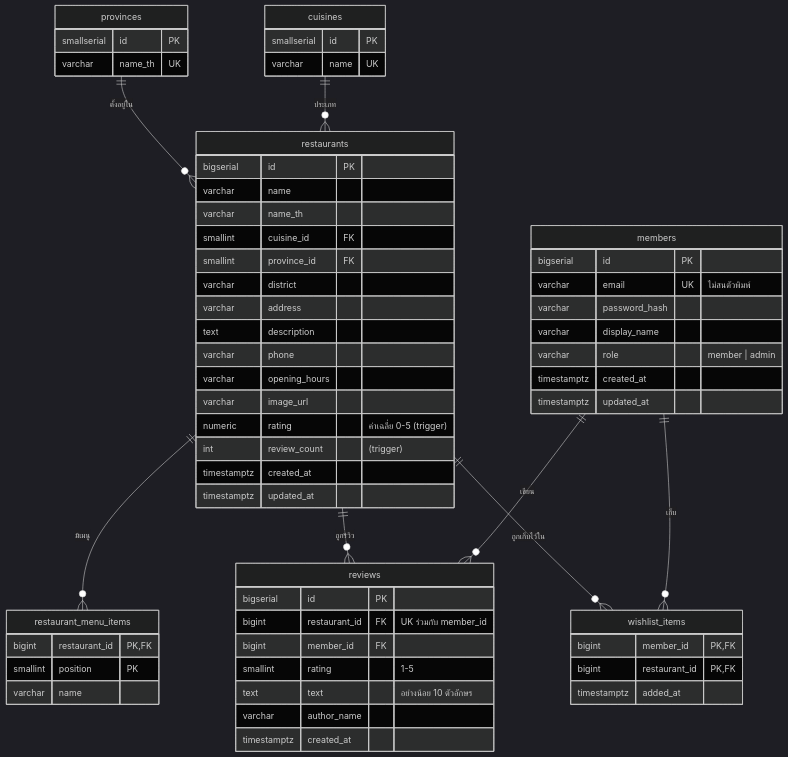
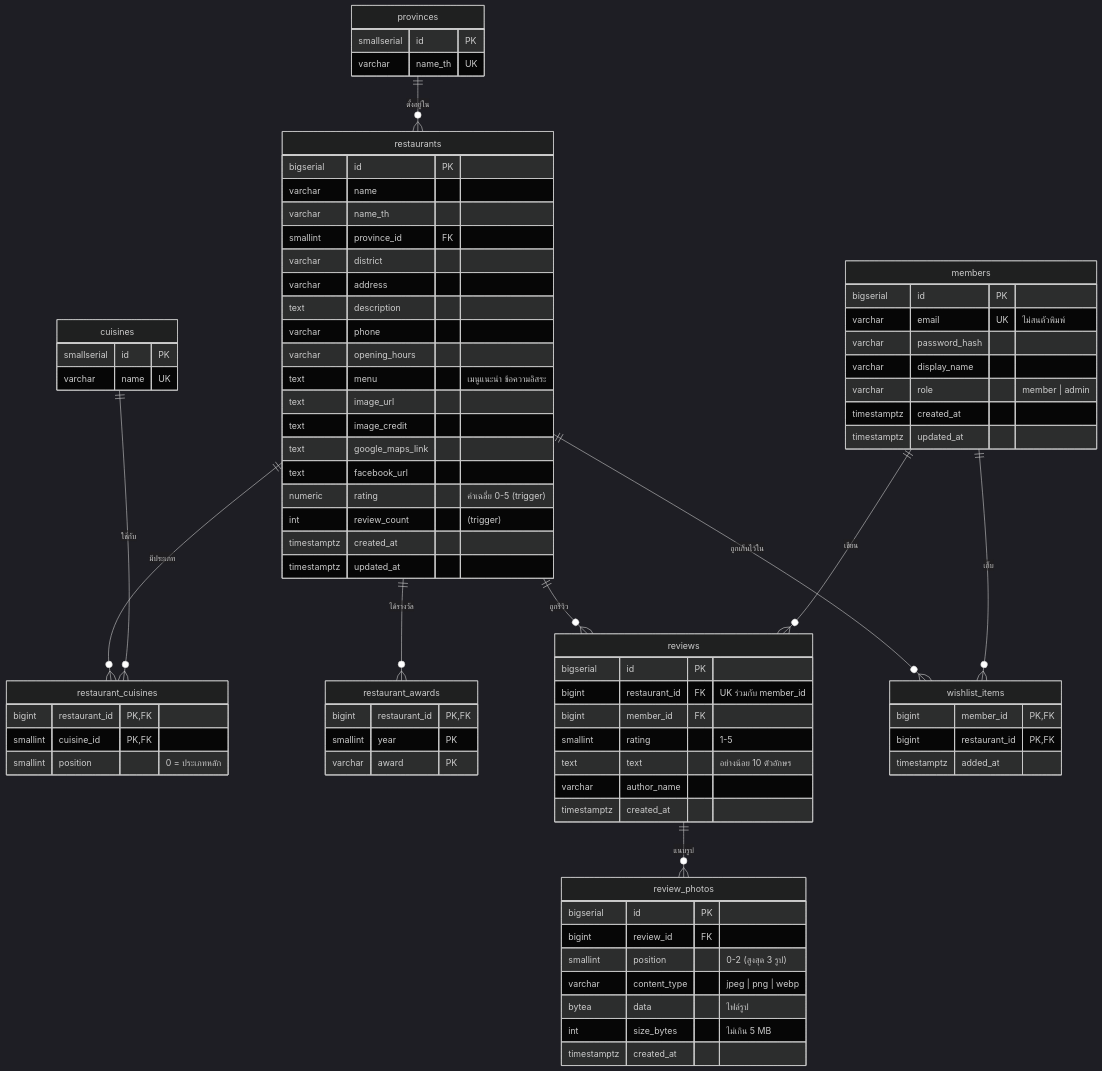
One commit to koravit-2212/FE-FoodReview-WebRom changed the diagram in docs/db-schema.md. Above: the diagram before and after it, drawn with Mermaid (dark theme). The commit also changed other lines of this file and 18 other files, not shown here.

````diff
--- a/docs/db-schema.md
+++ b/docs/db-schema.md
@@ -14,10 +16,12 @@
 ```mermaid
 erDiagram
     provinces ||--o{ restaurants : "ตั้งอยู่ใน"
-    cuisines ||--o{ restaurants : "ประเภท"
-    restaurants ||--o{ restaurant_menu_items : "มีเมนู"
+    restaurants ||--o{ restaurant_cuisines : "มีประเภท"
+    cuisines ||--o{ restaurant_cuisines : "ใช้กับ"
+    restaurants ||--o{ restaurant_awards : "ได้รางวัล"
     restaurants ||--o{ reviews : "ถูกรีวิว"
     members ||--o{ reviews : "เขียน"
+    reviews ||--o{ review_photos : "แนบรูป"
     restaurants ||--o{ wishlist_items : "ถูกเก็บไว้ใน"
     members ||--o{ wishlist_items : "เก็บ"
 
@@ -42,23 +46,31 @@
         bigserial id PK
         varchar name
         varchar name_th
-        smallint cuisine_id FK
         smallint province_id FK
         varchar district
         varchar address
         text description
         varchar phone
         varchar opening_hours
-        varchar image_url
+        text menu "เมนูแนะนำ ข้อความอิสระ"
+        text image_url
+        text image_credit
+        text google_maps_link
+        text facebook_url
         numeric rating "ค่าเฉลี่ย 0-5 (trigger)"
         int review_count "(trigger)"
         timestamptz created_at
         timestamptz updated_at
     }
-    restaurant_menu_items {
+    restaurant_cuisines {
         bigint restaurant_id PK,FK
-        smallint position PK
-        varchar name
+        smallint cuisine_id PK,FK
+        smallint position "0 = ประเภทหลัก"
+    }
+    restaurant_awards {
+        bigint restaurant_id PK,FK
+        smallint year PK
+        varchar award PK
     }
     reviews {
         bigserial id PK
@@ -69,6 +81,15 @@
         varchar author_name
         timestamptz created_at
     }
+    review_photos {
+        bigserial id PK
+        bigint review_id FK
+        smallint position "0-2 (สูงสุด 3 รูป)"
+        varchar content_type "jpeg | png | webp"
+        bytea data "ไฟล์รูป"
+        int size_bytes "ไม่เกิน 5 MB"
+        timestamptz created_at
+    }
     wishlist_items {
         bigint member_id PK,FK
         bigint restaurant_id PK,FK
````
